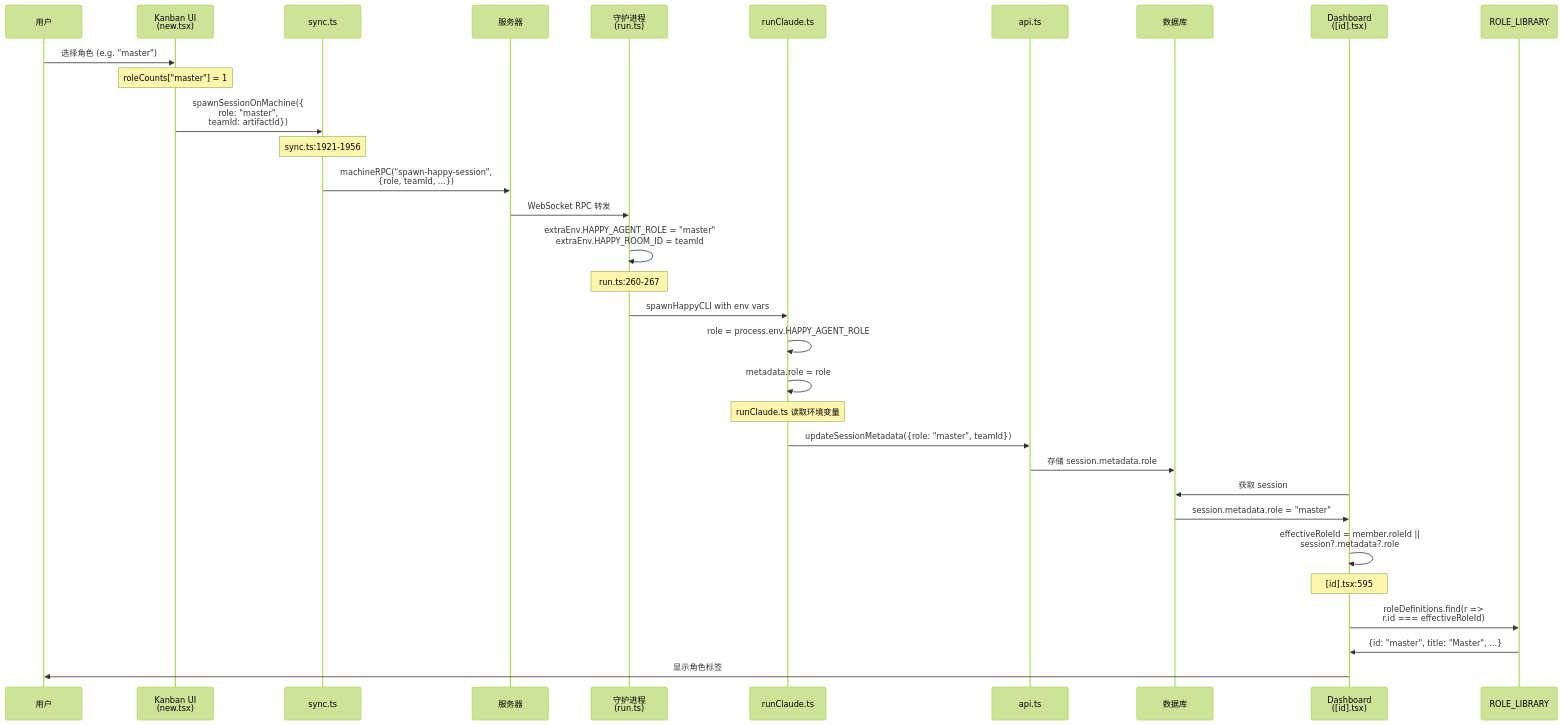
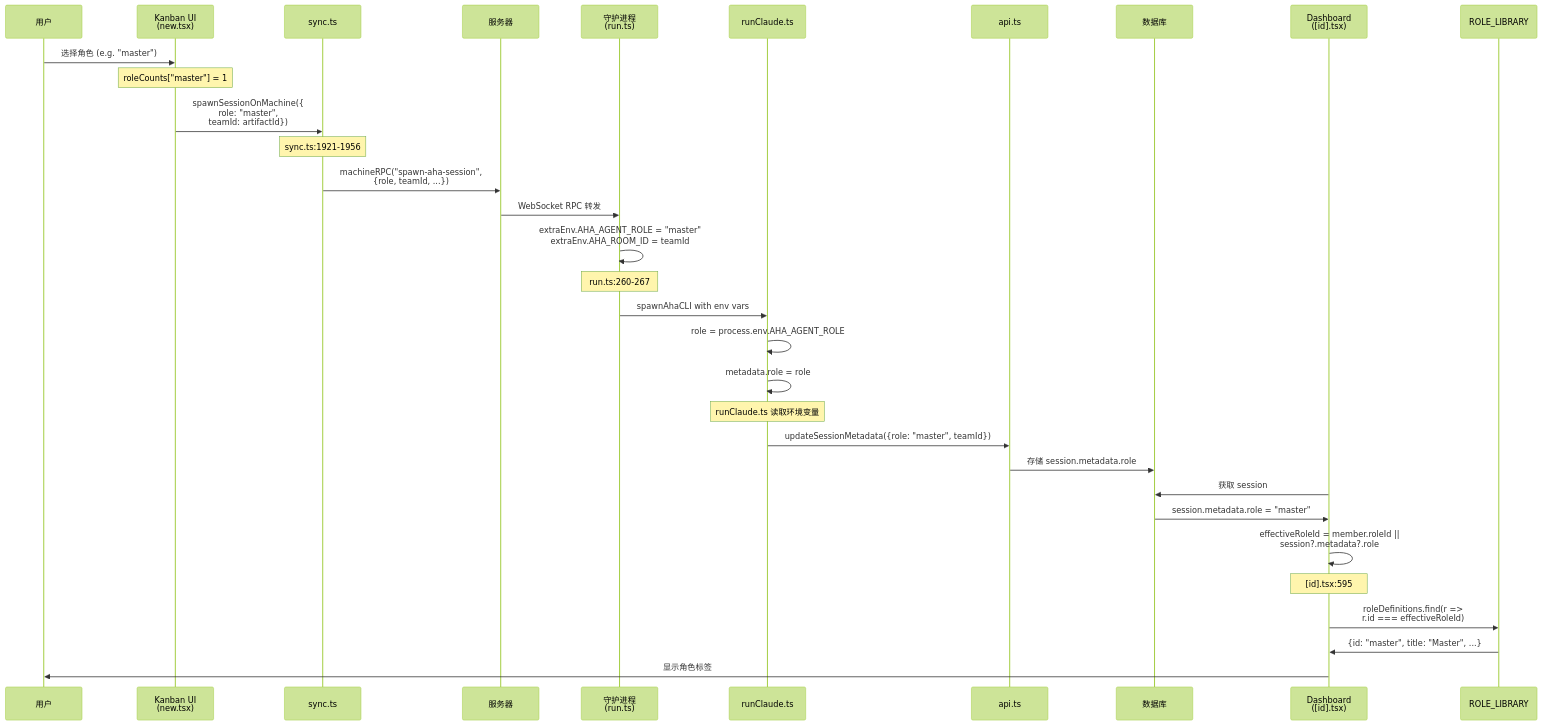
The fourth of 6 diagrams in docs/TEAM_COLLABORATION_ARCHITECTURE.md (Mozart-Orchestra/aha-client), drawn with Mermaid (forest theme) before and after one commit. The commit also changed other lines of this file and 36 other files, not shown here.

First line of the commit message:
refactor: rename internal 'happy' references to 'aha'

````diff
--- a/docs/TEAM_COLLABORATION_ARCHITECTURE.md
+++ b/docs/TEAM_COLLABORATION_ARCHITECTURE.md
@@ -235,50 +235,50 @@
 ```mermaid
 sequenceDiagram
     participant U as 用户
     participant UI as Kanban UI<br/>(new.tsx)
     participant SYNC as sync.ts
     participant S as 服务器
     participant D as 守护进程<br/>(run.ts)
     participant R as runClaude.ts
     participant API as api.ts
     participant DB as 数据库
     participant DASH as Dashboard<br/>([id].tsx)
     participant LIB as ROLE_LIBRARY
 
     %% 1. 用户输入
     U->>UI: 选择角色 (e.g. "master")
     Note over UI: roleCounts["master"] = 1
 
     %% 2. 前端处理
     UI->>SYNC: spawnSessionOnMachine({<br/>role: "master",<br/>teamId: artifactId})
     Note over SYNC: sync.ts:1921-1956
 
     %% 3. 服务器转发
-    SYNC->>S: machineRPC("spawn-happy-session",<br/>{role, teamId, ...})
+    SYNC->>S: machineRPC("spawn-aha-session",<br/>{role, teamId, ...})
     S->>D: WebSocket RPC 转发
 
     %% 4. 守护进程处理
-    D->>D: extraEnv.HAPPY_AGENT_ROLE = "master"<br/>extraEnv.HAPPY_ROOM_ID = teamId
+    D->>D: extraEnv.AHA_AGENT_ROLE = "master"<br/>extraEnv.AHA_ROOM_ID = teamId
     Note over D: run.ts:260-267
 
     %% 5. CLI 启动
-    D->>R: spawnHappyCLI with env vars
-    R->>R: role = process.env.HAPPY_AGENT_ROLE
+    D->>R: spawnAhaCLI with env vars
+    R->>R: role = process.env.AHA_AGENT_ROLE
     R->>R: metadata.role = role
     Note over R: runClaude.ts 读取环境变量
 
     %% 6. 会话元数据更新
     R->>API: updateSessionMetadata({role: "master", teamId})
     API->>DB: 存储 session.metadata.role
 
     %% 7. Dashboard 显示
     DASH->>DB: 获取 session
     DB->>DASH: session.metadata.role = "master"
     DASH->>DASH: effectiveRoleId = member.roleId ||<br/>session?.metadata?.role
     Note over DASH: [id].tsx:595
 
     %% 8. 角色解析
     DASH->>LIB: roleDefinitions.find(r =><br/>r.id === effectiveRoleId)
     LIB->>DASH: {id: "master", title: "Master", ...}
     DASH->>U: 显示角色标签
 ```
````
